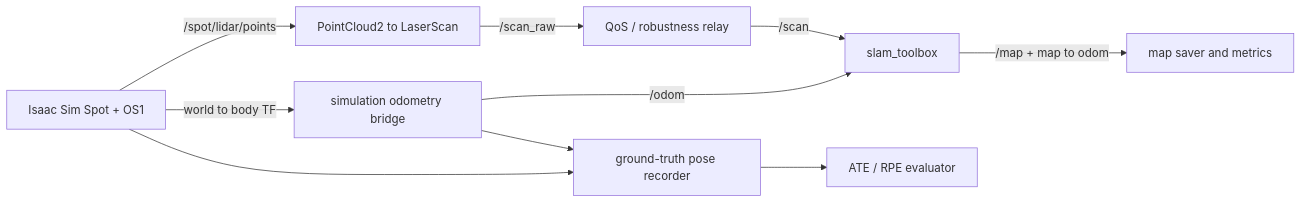
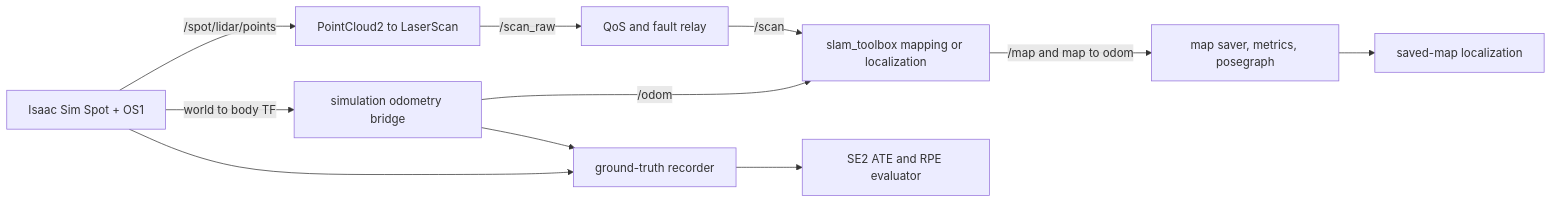
One commit to AesZee/isaacsim6_SpatialIntelligence_Spot changed the first of 2 diagrams in isaacsim_spatial_pipeline/docs/final_portfolio.md. Above: the diagram before and after it, drawn with Mermaid. The commit also changed other lines of this file, not shown here.

````diff
--- a/isaacsim_spatial_pipeline/docs/final_portfolio.md
+++ b/isaacsim_spatial_pipeline/docs/final_portfolio.md
@@ -20,12 +26,13 @@
 ```mermaid
 flowchart LR
     A[Isaac Sim Spot + OS1] -->|/spot/lidar/points| B[PointCloud2 to LaserScan]
-    B -->|/scan_raw| C[QoS / robustness relay]
-    C -->|/scan| D[slam_toolbox]
+    B -->|/scan_raw| C[QoS and fault relay]
+    C -->|/scan| D[slam_toolbox mapping or localization]
     A -->|world to body TF| E[simulation odometry bridge]
     E -->|/odom| D
-    D -->|/map + map to odom| F[map saver and metrics]
-    A --> G[ground-truth pose recorder]
+    D -->|/map and map to odom| F[map saver, metrics, posegraph]
+    A --> G[ground-truth recorder]
     E --> G
-    G --> H[ATE / RPE evaluator]
+    G --> H[SE2 ATE and RPE evaluator]
+    F --> I[saved-map localization]
 ```
````
